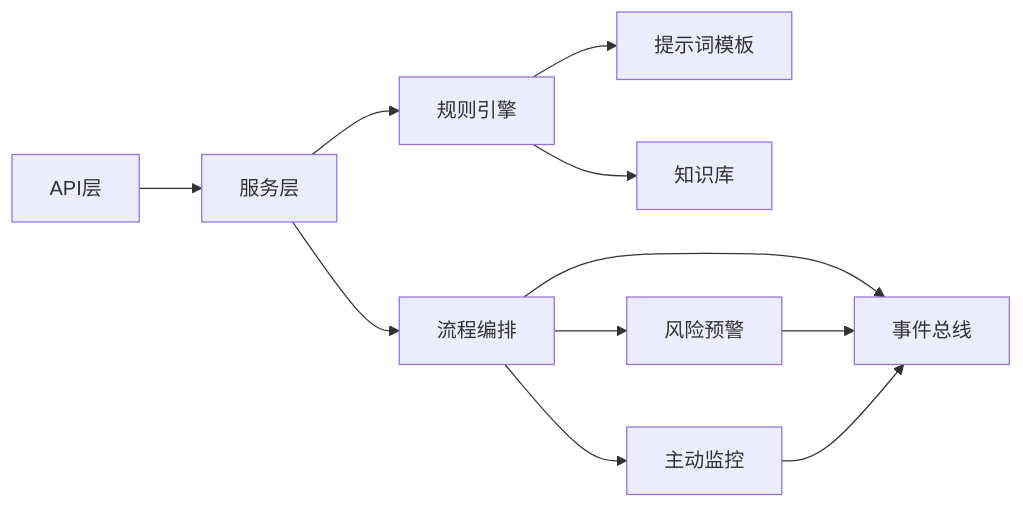
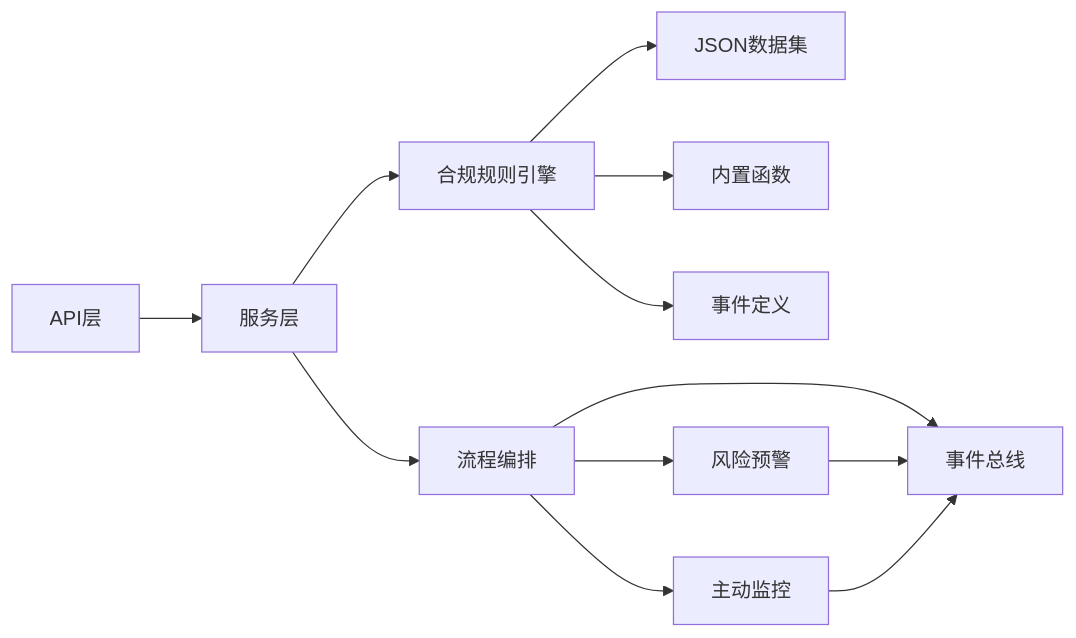
The ninth of 9 diagrams in .qoder/repowiki/zh/content/核心业务模块/合规检查系统/合规检查系统.md (angledick/-), drawn with Mermaid before and after one commit. The commit also changed other lines of this file and 69 other files, not shown here.

````diff
--- a/.qoder/repowiki/zh/content/核心业务模块/合规检查系统/合规检查系统.md
+++ b/.qoder/repowiki/zh/content/核心业务模块/合规检查系统/合规检查系统.md
@@ -355,13 +354,14 @@
 ```mermaid
 graph LR
 API["API层"] --> Service["服务层"]
 Service --> Flow["流程编排"]
-Service --> Rule["规则引擎"]
-Rule --> Prompt["提示词模板"]
-Rule --> KB["知识库"]
+Service --> Rule["合规规则引擎"]
+Rule --> JSON["JSON数据集"]
+Rule --> Functions["内置函数"]
+Rule --> Events["事件定义"]
 Flow --> Event["事件总线"]
 Flow --> Risk["风险预警"]
 Flow --> Proactive["主动监控"]
 Risk --> Event
 Proactive --> Event
 ```
````
